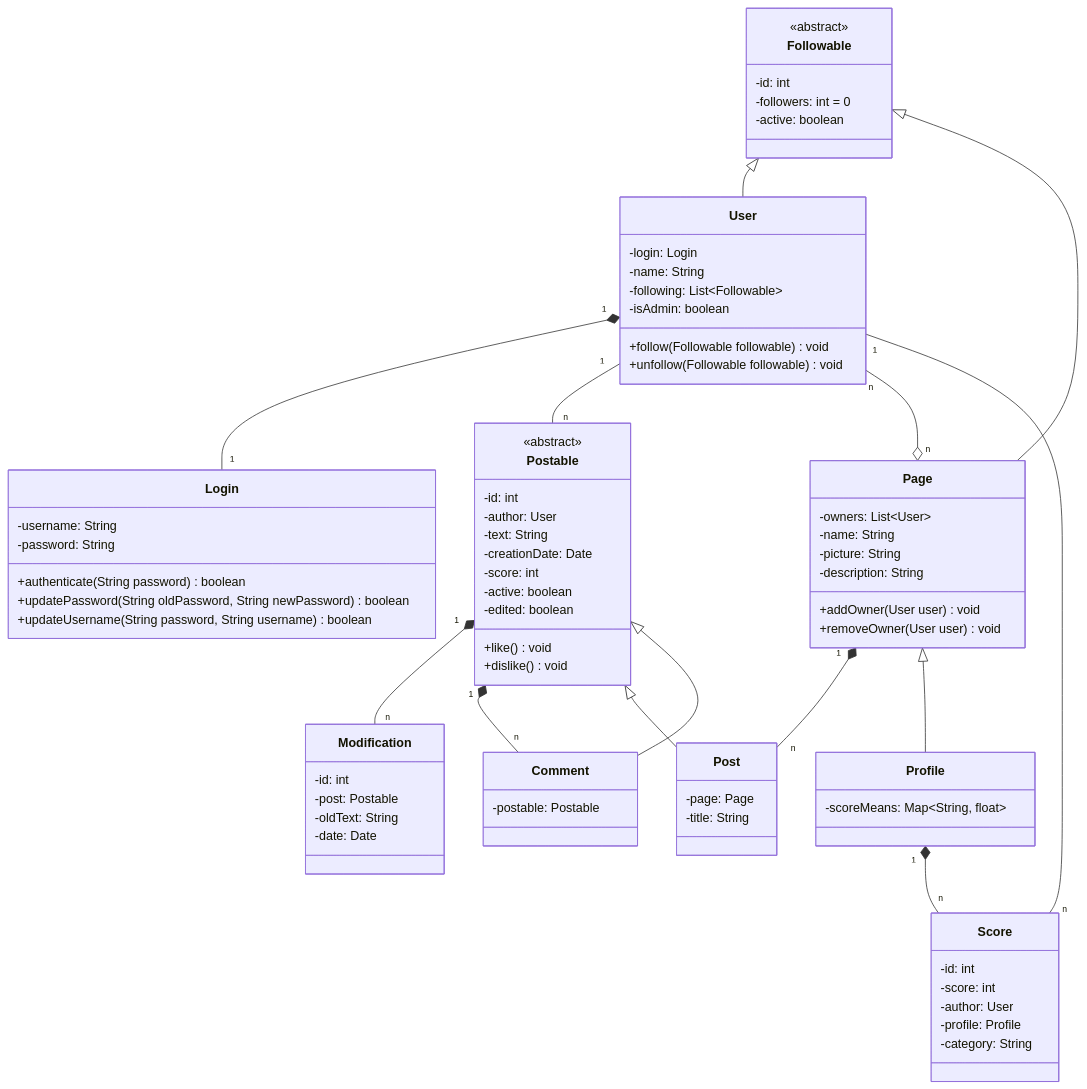
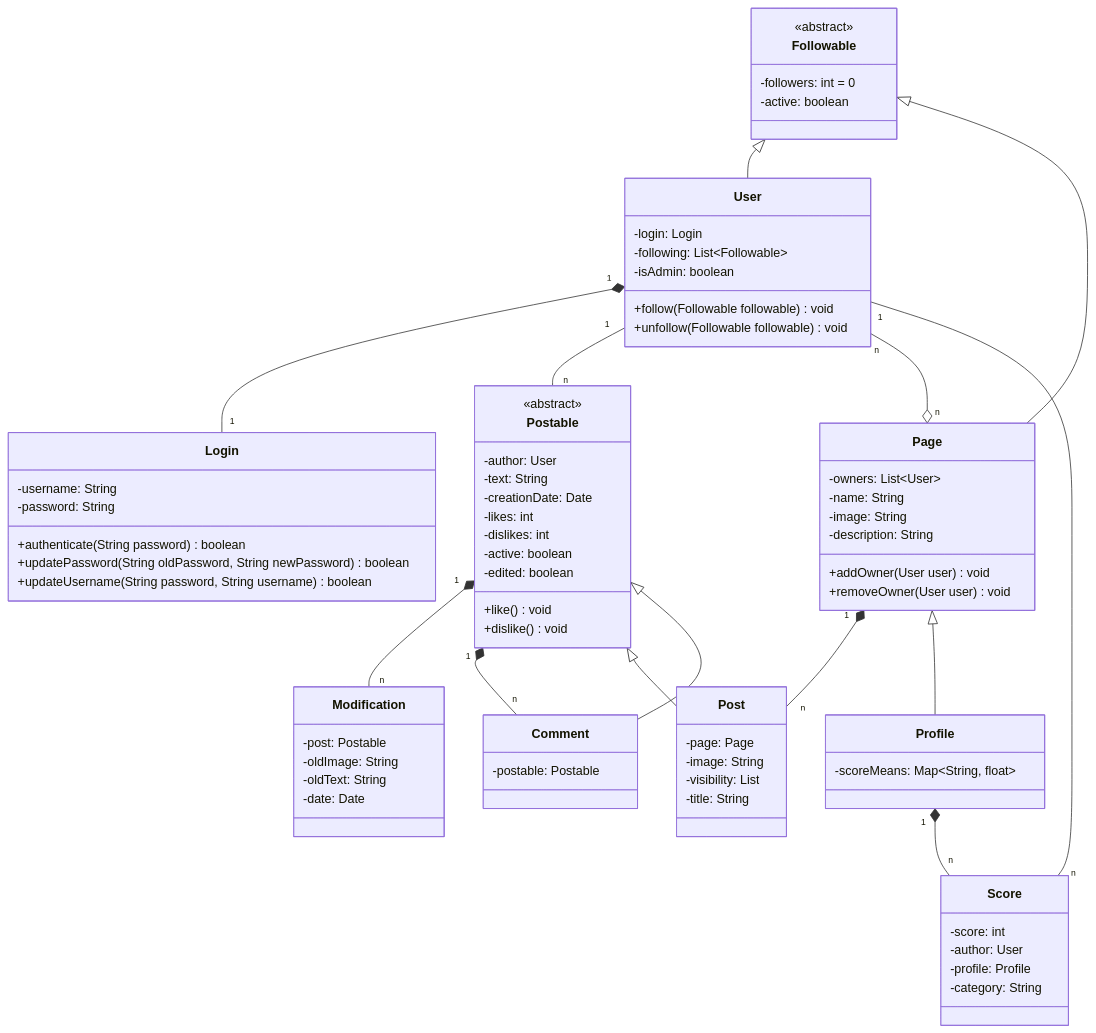
One commit to jlvlg/Pentagon changed the diagram in Diagram.md. Above: the diagram before and after it, drawn with Mermaid.

Commit message:
Update Diagram

````diff
--- a/Diagram.md
+++ b/Diagram.md
@@ -1,81 +1,80 @@
 ```mermaid
     classDiagram
     direction TB
     class User {
         -login: Login
-        -name: String
         -following: List~Followable~
         -isAdmin: boolean
         +follow(Followable followable) void
         +unfollow(Followable followable) void
     }
     class Page {
         -owners: List~User~
         -name: String
-        -picture: String
+        -image: String
         -description: String
         +addOwner(User user) void
         +removeOwner(User user) void
     }
     class Login {
         -username: String
         -password: String
         +authenticate(String password) boolean
         +updatePassword(String oldPassword, String newPassword) boolean
         +updateUsername(String password, String username) boolean
     }
     class Followable {
         <<abstract>>
-        -id: int
         -followers: int = 0
         -active: boolean
     }
     class Profile {
         -scoreMeans: Map~String, float~
     }
     class Postable {
         <<abstract>>
-        -id: int
         -author: User
         -text: String
         -creationDate: Date
-        -score: int
+        -likes: int
+        -dislikes: int
         -active: boolean
         -edited: boolean
         +like() void
         +dislike() void
     }
     class Post {
         -page: Page
+        -image: String
+        -visibility: List<User>
         -title: String
     }
     class Comment {
         -postable: Postable
     }
     class Modification {
-        -id: int
         -post: Postable
+        -oldImage: String
         -oldText: String
         -date: Date
     }
     class Score {
-        -id: int
         -score: int
         -author: User
         -profile: Profile
         -category: String
     }
     Followable <|-- User
     Followable <|-- Page
     User "1" *-- "1" Login
     User "1" -- "n" Postable
     User "n" --o "n" Page
     User "1" -- "n" Score
     Page "1" *-- "n" Post
     Postable "1" *-- "n" Modification
     Postable "1" *-- "n" Comment
     Profile "1" *-- "n" Score
     Page <|-- Profile
     Postable <|-- Post
     Postable <|-- Comment
 ```
````
